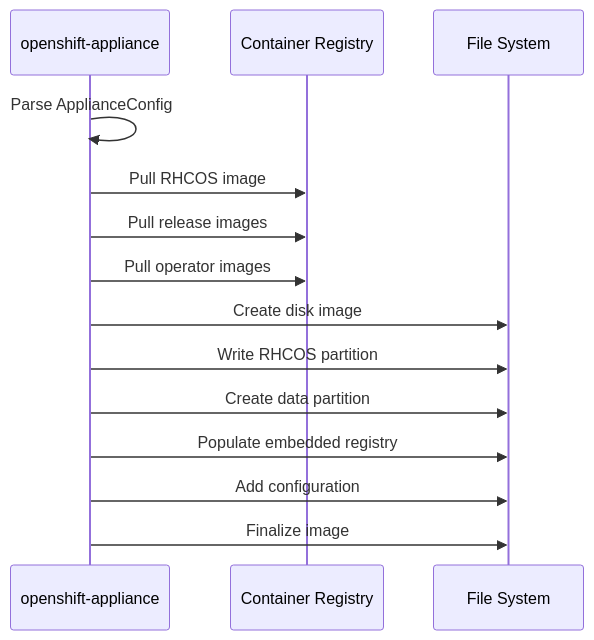
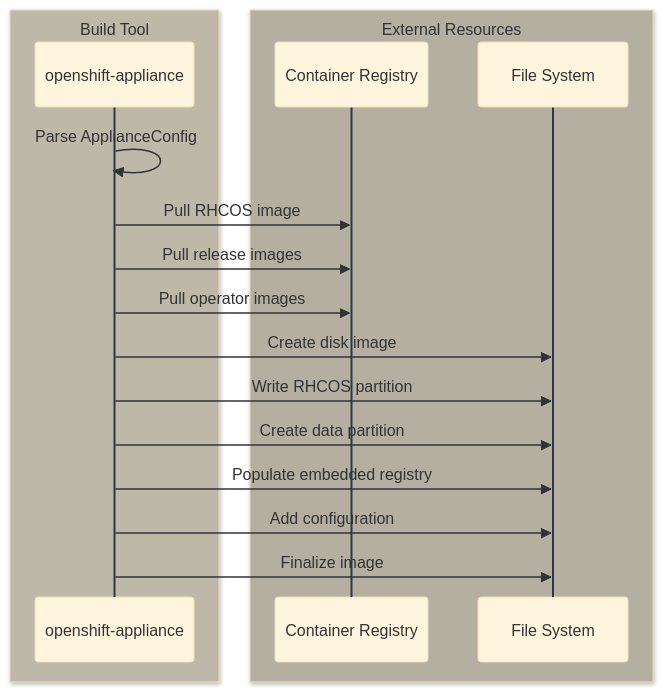
Before and after one commit to zszabo-rh/openshift-install-guide: the third of 4 diagrams in 04-image-based-installation/appliance.md, drawn with Mermaid. The commit also changed other lines of this file and 16 other files, not shown here.

Commit message:
improved diagram style

````diff
--- a/04-image-based-installation/appliance.md
+++ b/04-image-based-installation/appliance.md
@@ -159,17 +190,23 @@
 ```mermaid
+%%{init: {'theme': 'base', 'themeVariables': { 'lineColor': '#2d3748', 'actorLineColor': '#2d3748' }}}%%
 sequenceDiagram
-    participant Tool as openshift-appliance
-    participant OCI as Container Registry
-    participant FS as File System
+    box rgb(190,184,168) Build Tool
+        participant Tool as openshift-appliance
+    end
+    
+    box rgb(180,175,160) External Resources
+        participant OCI as Container Registry
+        participant FS as File System
+    end
     
     Tool->>Tool: Parse ApplianceConfig
     Tool->>OCI: Pull RHCOS image
     Tool->>OCI: Pull release images
     Tool->>OCI: Pull operator images
     Tool->>FS: Create disk image
     Tool->>FS: Write RHCOS partition
     Tool->>FS: Create data partition
     Tool->>FS: Populate embedded registry
     Tool->>FS: Add configuration
     Tool->>FS: Finalize image
 ```
````
